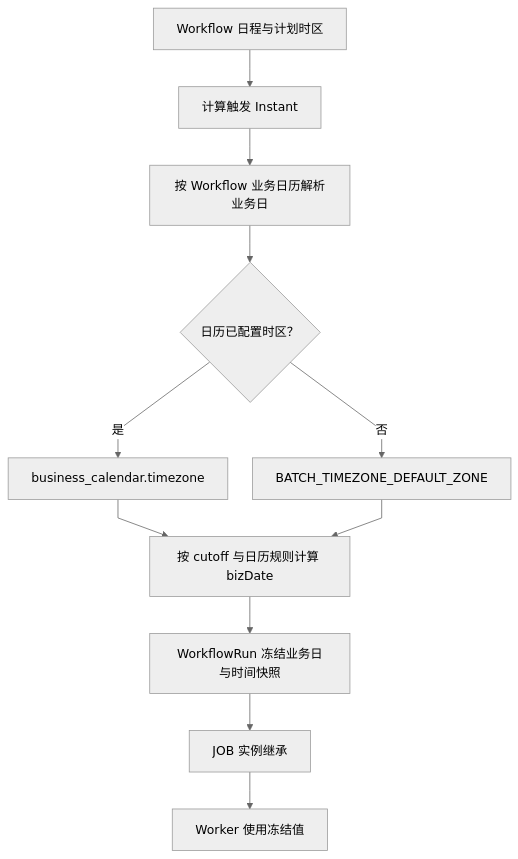
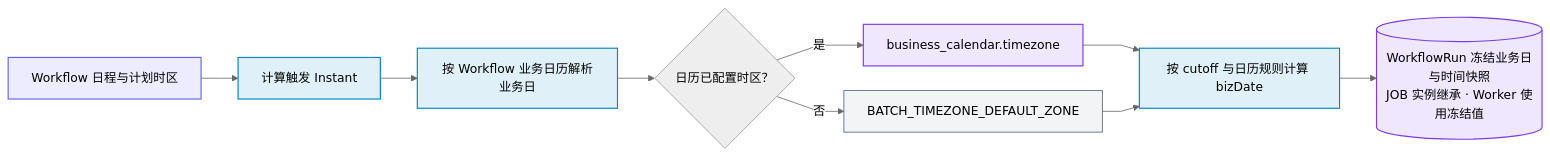
One commit to pinpols/file-batch-system changed the first of 4 diagrams in docs/design/time-date-semantics.md. Above: the diagram before and after it, drawn with Mermaid (neutral theme). The commit also changed other lines of this file and 11 other files, not shown here.

First line of the commit message:
docs(diagram): P2 文档图按图例统一并按源码核对状态机 (#1383)

````diff
--- a/docs/design/time-date-semantics.md
+++ b/docs/design/time-date-semantics.md
@@ -31,14 +31,19 @@
 ```mermaid
 %%{init: {"flowchart":{"curve":"linear","nodeSpacing":32,"rankSpacing":48},"sequence":{"mirrorActors":false}}}%%
-flowchart TB
-  S[Workflow 日程与计划时区] --> I[计算触发 Instant]
-  I --> C[按 Workflow 业务日历解析业务日]
-  C --> Z{日历已配置时区？}
-  Z -->|是| T[business_calendar.timezone]
-  Z -->|否| D[BATCH_TIMEZONE_DEFAULT_ZONE]
-  T --> B[按 cutoff 与日历规则计算 bizDate]
+flowchart LR
+  S["Workflow 日程与计划时区"]:::entry --> I["计算触发 Instant"]:::control
+  I --> C["按 Workflow 业务日历解析业务日"]:::control
+  C --> Z{"日历已配置时区？"}
+  Z -->|"是"| T["business_calendar.timezone"]:::store
+  Z -->|"否"| D["BATCH_TIMEZONE_DEFAULT_ZONE"]:::lib
+  T --> B["按 cutoff 与日历规则计算 bizDate"]:::control
   D --> B
-  B --> R[WorkflowRun 冻结业务日与时间快照]
-  R --> J[JOB 实例继承]
-  J --> W[Worker 使用冻结值]
+  B --> R[("WorkflowRun 冻结业务日与时间快照<br/>JOB 实例继承 · Worker 使用冻结值")]:::store
+  classDef entry fill:#6366f11f,stroke:#6366f1,stroke-width:1.5px
+  classDef control fill:#0284c71f,stroke:#0284c7,stroke-width:1.5px
+  classDef mq fill:#d977061f,stroke:#d97706,stroke-width:1.5px
+  classDef worker fill:#0596691f,stroke:#059669,stroke-width:1.5px
+  classDef store fill:#7c3aed1f,stroke:#7c3aed,stroke-width:1.5px
+  classDef ext fill:#64748b14,stroke:#64748b,stroke-width:1.2px,stroke-dasharray:4 3
+  classDef lib fill:#64748b14,stroke:#64748b,stroke-width:1.2px
 ```
````
